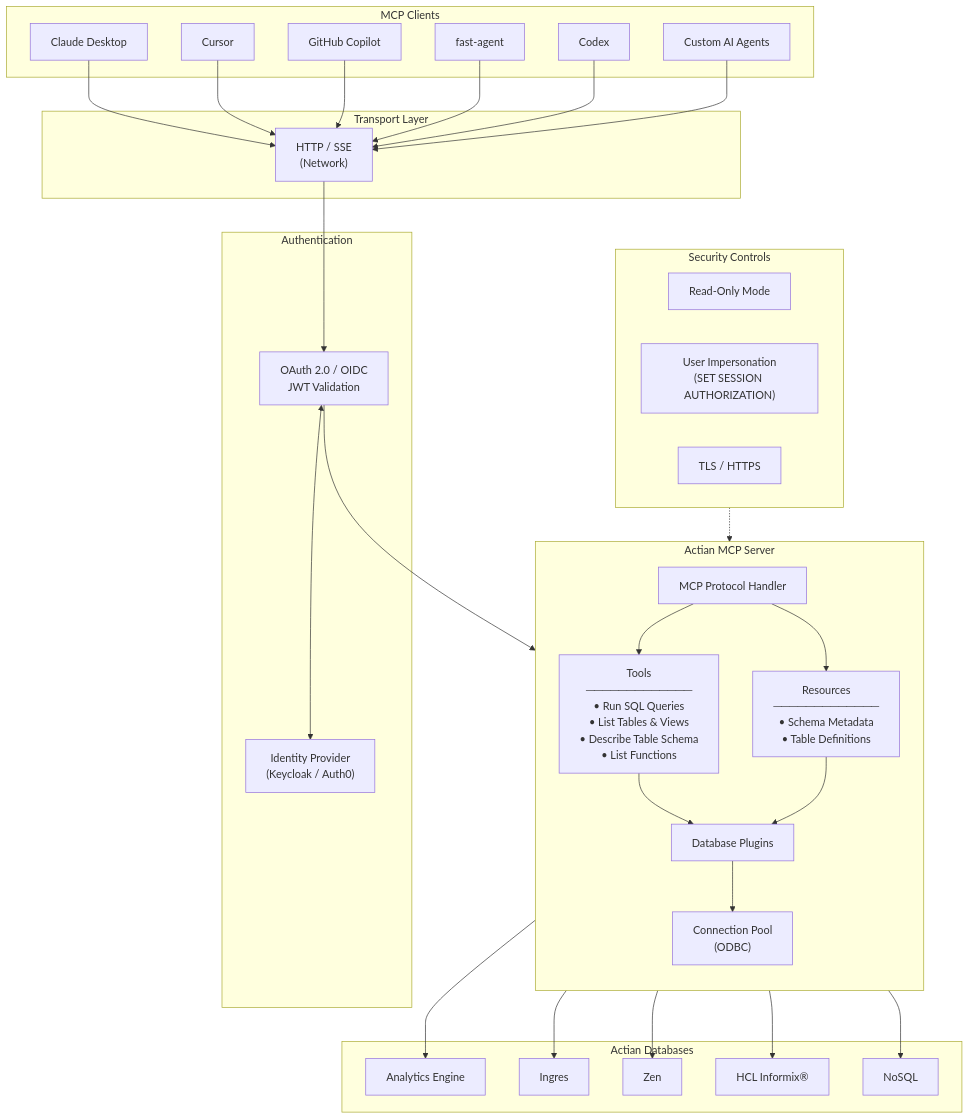
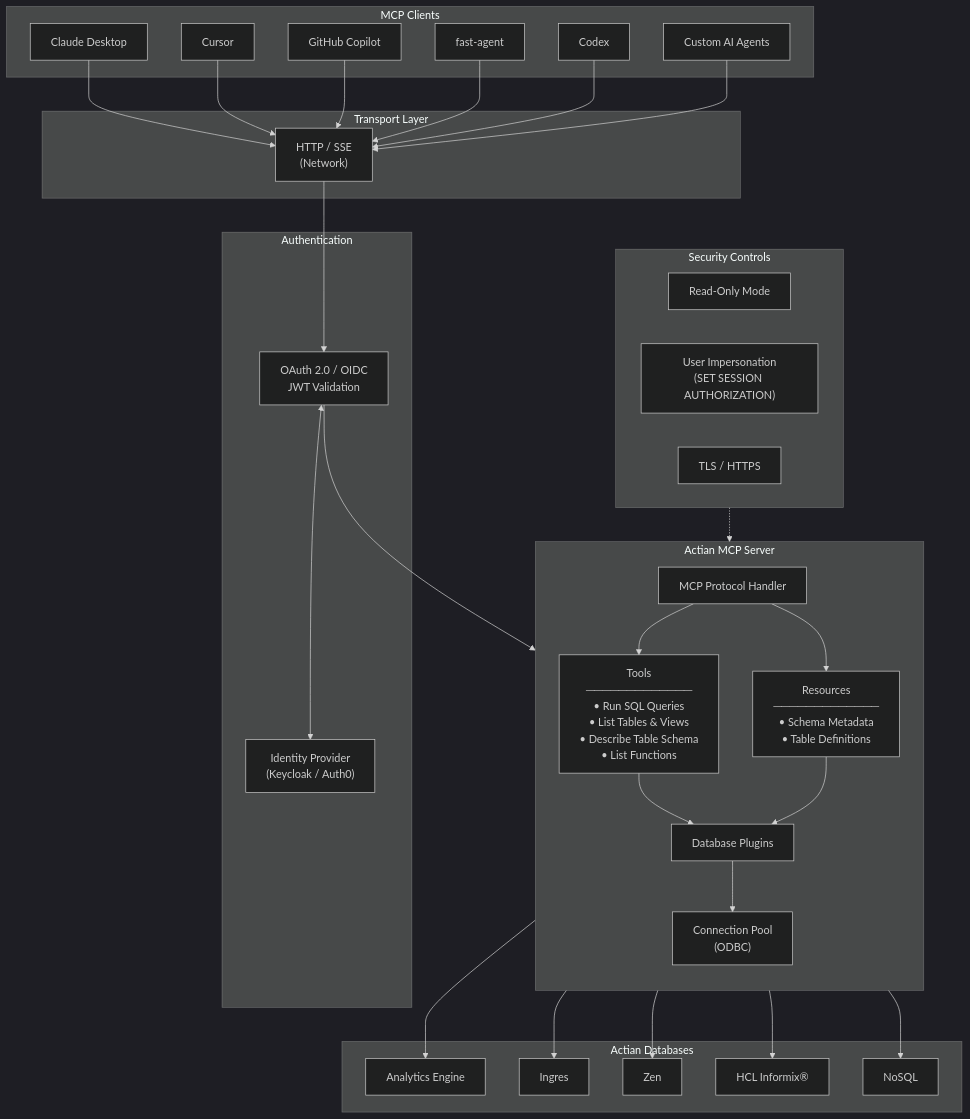
Before and after one commit to ActianCorp/mcp-server-docs: the first of 2 diagrams in docs/intro/index.md, drawn with Mermaid. The commit also changed other lines of this file and 4 other files, not shown here.

````diff
--- a/docs/intro/index.md
+++ b/docs/intro/index.md
@@ -33,70 +33,71 @@
 ```mermaid
+%%{init: {'theme': 'dark', 'themeVariables': {'fontSize': '16px', 'fontFamily': 'arial'}}}%%
 flowchart TB
     subgraph Clients["MCP Clients"]
         claude["Claude Desktop"]
         cursor["Cursor"]
         copilot["GitHub Copilot"]
         fastagent["fast-agent"]
         codex["Codex"]
         custom["Custom AI Agents"]
     end
 
     subgraph Transport["Transport Layer"]
         http["HTTP / SSE
 (Network)"]
     end
 
     subgraph Auth["Authentication"]
         idp["Identity Provider
 (Keycloak / Auth0)"]
         oauth["OAuth 2.0 / OIDC
 JWT Validation"]
     end
 
     subgraph MCP["Actian MCP Server"]
         direction TB
         core["MCP Protocol Handler"]
         tools["Tools
 ─────────────
 • Run SQL Queries
 • List Tables & Views
 • Describe Table Schema
 • List Functions"]
         resources["Resources
 ─────────────
 • Schema Metadata
 • Table Definitions"]
         plugins["Database Plugins"]
         pool["Connection Pool
 (ODBC)"]
     end
 
     subgraph Databases["Actian Databases"]
         ae["Analytics Engine"]
         ingres["Ingres"]
         zen["Zen"]
         informix["HCL Informix®"]
         nosql["NoSQL"]
     end
 
     subgraph Security["Security Controls"]
         readonly["Read-Only Mode"]
         impersonation["User Impersonation
 (SET SESSION AUTHORIZATION)"]
         tls["TLS / HTTPS"]
     end
 
     claude & cursor & copilot & fastagent & codex & custom --> http
 
     http --> oauth
     oauth <--> idp
     oauth --> core
 
     core --> tools & resources
     tools & resources --> plugins
     plugins --> pool
 
     pool --> ae & ingres & zen & informix & nosql
 
     Security -.-> MCP
 ```
````
